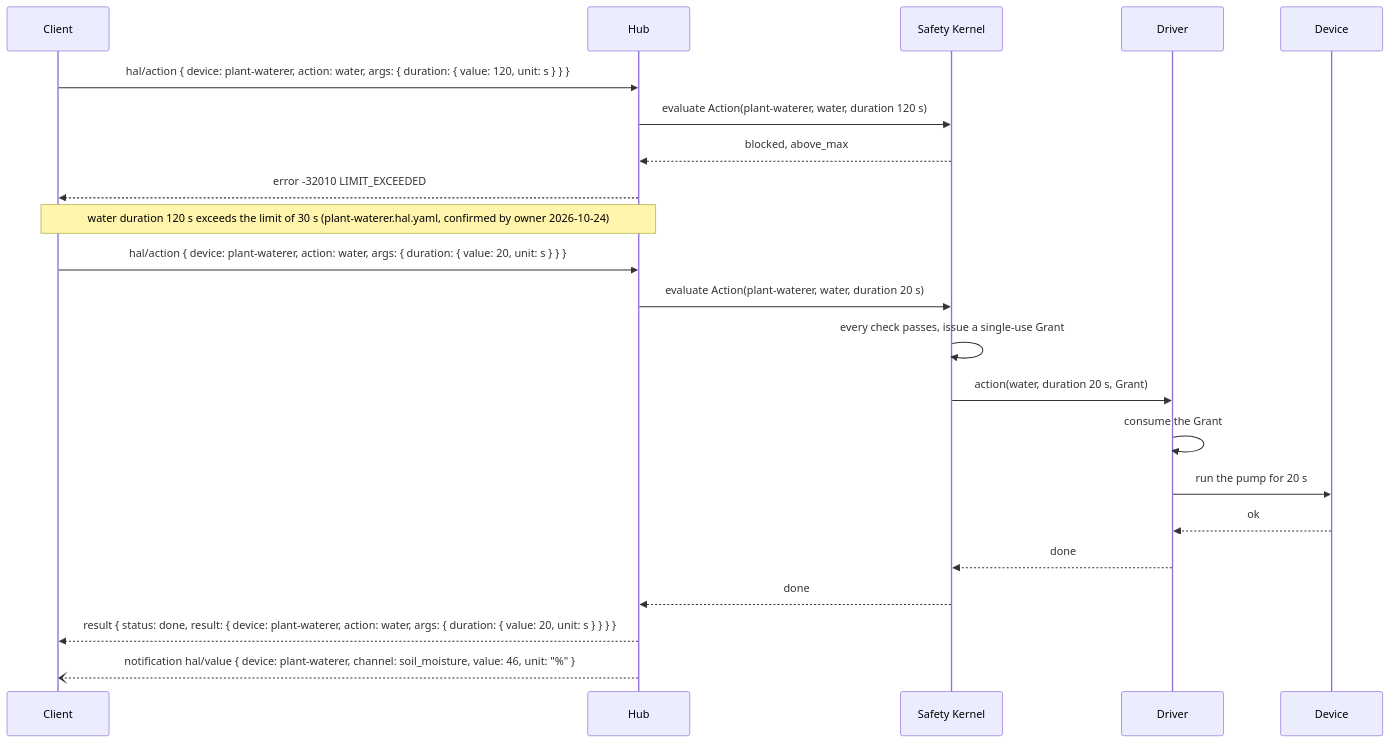
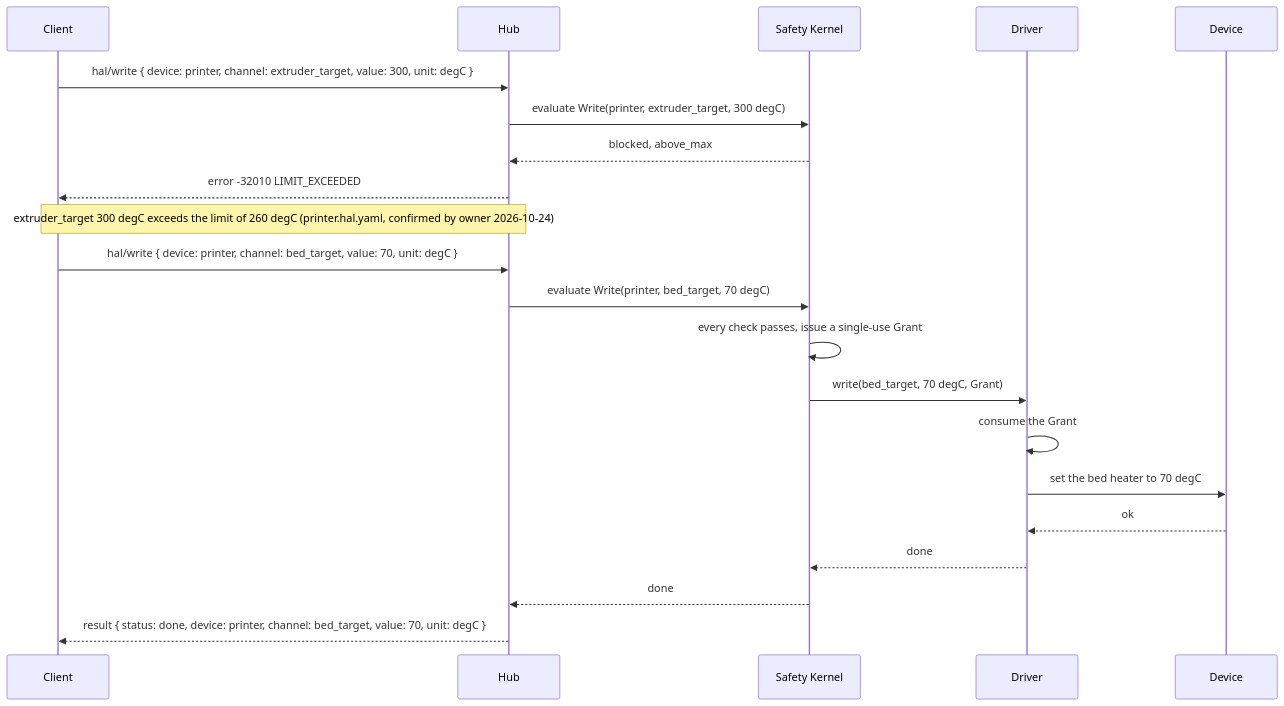
One commit to sohan-bhat/OpenHAL changed the diagram in spec/2026-10-24/architecture.md. Above: the diagram before and after it, drawn with Mermaid. The commit also changed other lines of this file and 14 other files, not shown here.

First line of the commit message:
docs(diagrams): draw the flow and the spec exchange with the printer

````diff
--- a/spec/2026-10-24/architecture.md
+++ b/spec/2026-10-24/architecture.md
@@ -29,26 +29,25 @@
 ```mermaid
 sequenceDiagram
     participant C as Client
     participant H as Hub
     participant K as Safety Kernel
     participant D as Driver
     participant V as Device
 
-    C->>H: hal/action { device: plant-waterer, action: water, args: { duration: { value: 120, unit: s } } }
-    H->>K: evaluate Action(plant-waterer, water, duration 120 s)
+    C->>H: hal/write { device: printer, channel: extruder_target, value: 300, unit: degC }
+    H->>K: evaluate Write(printer, extruder_target, 300 degC)
     K-->>H: blocked, above_max
     H-->>C: error -32010 LIMIT_EXCEEDED
-    Note over C,H: water duration 120 s exceeds the limit of 30 s (plant-waterer.hal.yaml, confirmed by owner 2026-10-24)
+    Note over C,H: extruder_target 300 degC exceeds the limit of 260 degC (printer.hal.yaml, confirmed by owner 2026-10-24)
 
-    C->>H: hal/action { device: plant-waterer, action: water, args: { duration: { value: 20, unit: s } } }
-    H->>K: evaluate Action(plant-waterer, water, duration 20 s)
+    C->>H: hal/write { device: printer, channel: bed_target, value: 70, unit: degC }
+    H->>K: evaluate Write(printer, bed_target, 70 degC)
     K->>K: every check passes, issue a single-use Grant
-    K->>D: action(water, duration 20 s, Grant)
+    K->>D: write(bed_target, 70 degC, Grant)
     D->>D: consume the Grant
-    D->>V: run the pump for 20 s
+    D->>V: set the bed heater to 70 degC
     V-->>D: ok
     D-->>K: done
     K-->>H: done
-    H-->>C: result { status: done, result: { device: plant-waterer, action: water, args: { duration: { value: 20, unit: s } } } }
-    H--)C: notification hal/value { device: plant-waterer, channel: soil_moisture, value: 46, unit: "%" }
+    H-->>C: result { status: done, device: printer, channel: bed_target, value: 70, unit: degC }
 ```
````
